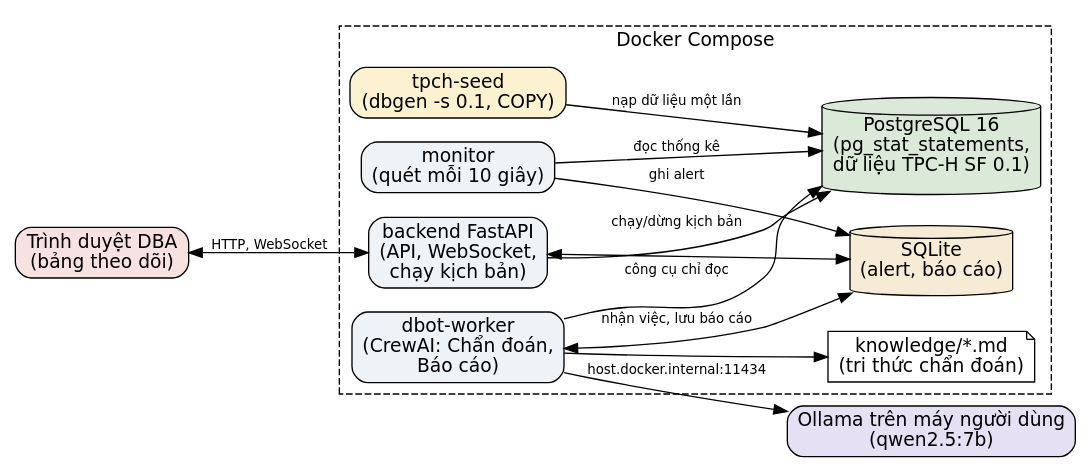
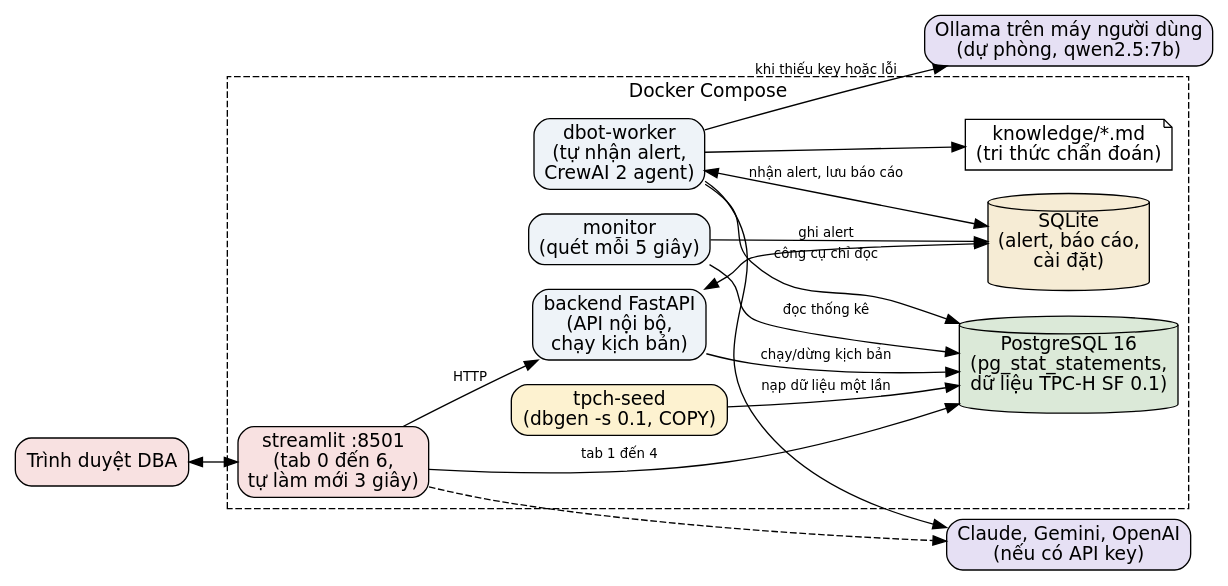
One commit to nguyenlytruongsonex1-ops/dbot-demo changed the diagram in docs/kien-truc.dot. Above: the diagram before and after it, drawn with Graphviz. The commit also changed 24 other files, not shown here.

First line of the commit message:
feat: Streamlit UI with automatic realtime analysis, integrate Nhóm 3 LLM-As-DBA flows on PostgreSQL

```diff
--- a/docs/kien-truc.dot
+++ b/docs/kien-truc.dot
@@ -1,24 +1,29 @@
 digraph G {
   rankdir=LR; node [fontname="DejaVu Sans", shape=box, style="rounded,filled", fillcolor="#eef3f8"]; edge [fontname="DejaVu Sans", fontsize=10]; fontname="DejaVu Sans";
   subgraph cluster_docker { label="Docker Compose"; style=dashed;
     seed [label="tpch-seed\n(dbgen -s 0.1, COPY)", fillcolor="#fdf2d0"];
     pg [label="PostgreSQL 16\n(pg_stat_statements,\ndữ liệu TPC-H SF 0.1)", shape=cylinder, fillcolor="#dbe9d8"];
-    mon [label="monitor\n(quét mỗi 10 giây)"];
-    be [label="backend FastAPI\n(API, WebSocket,\nchạy kịch bản)"];
-    wk [label="dbot-worker\n(CrewAI: Chẩn đoán,\nBáo cáo)"];
-    sq [label="SQLite\n(alert, báo cáo)", shape=cylinder, fillcolor="#f6ecd5"];
+    mon [label="monitor\n(quét mỗi 5 giây)"];
+    be [label="backend FastAPI\n(API nội bộ,\nchạy kịch bản)"];
+    wk [label="dbot-worker\n(tự nhận alert,\nCrewAI 2 agent)"];
+    st [label="streamlit :8501\n(tab 0 đến 6,\ntự làm mới 3 giây)", fillcolor="#f8e1e1"];
+    sq [label="SQLite\n(alert, báo cáo,\ncài đặt)", shape=cylinder, fillcolor="#f6ecd5"];
     kb [label="knowledge/*.md\n(tri thức chẩn đoán)", shape=note, style=filled, fillcolor="white"];
   }
-  ui [label="Trình duyệt DBA\n(bảng theo dõi)", fillcolor="#f8e1e1"];
-  ol [label="Ollama trên máy người dùng\n(qwen2.5:7b)", fillcolor="#e6e0f4"];
+  ui [label="Trình duyệt DBA", fillcolor="#f8e1e1"];
+  cloud [label="Claude, Gemini, OpenAI\n(nếu có API key)", fillcolor="#e6e0f4"];
+  ol [label="Ollama trên máy người dùng\n(dự phòng, qwen2.5:7b)", fillcolor="#e6e0f4"];
   seed -> pg [label="nạp dữ liệu một lần"];
+  ui -> st [dir=both];
+  st -> be [label="HTTP"];
+  st -> pg [label="tab 1 đến 4"];
   be -> pg [label="chạy/dừng kịch bản"];
   mon -> pg [label="đọc thống kê"];
   mon -> sq [label="ghi alert"];
-  ui -> be [label="HTTP, WebSocket", dir=both];
   be -> sq [dir=both];
-  wk -> sq [label="nhận việc, lưu báo cáo", dir=both];
+  wk -> sq [label="nhận alert, lưu báo cáo", dir=both];
   wk -> pg [label="công cụ chỉ đọc"];
   wk -> kb;
-  wk -> ol [label="host.docker.internal:11434"];
+  wk -> cloud; st -> cloud [style=dashed];
+  wk -> ol [label="khi thiếu key hoặc lỗi"];
 }
```
